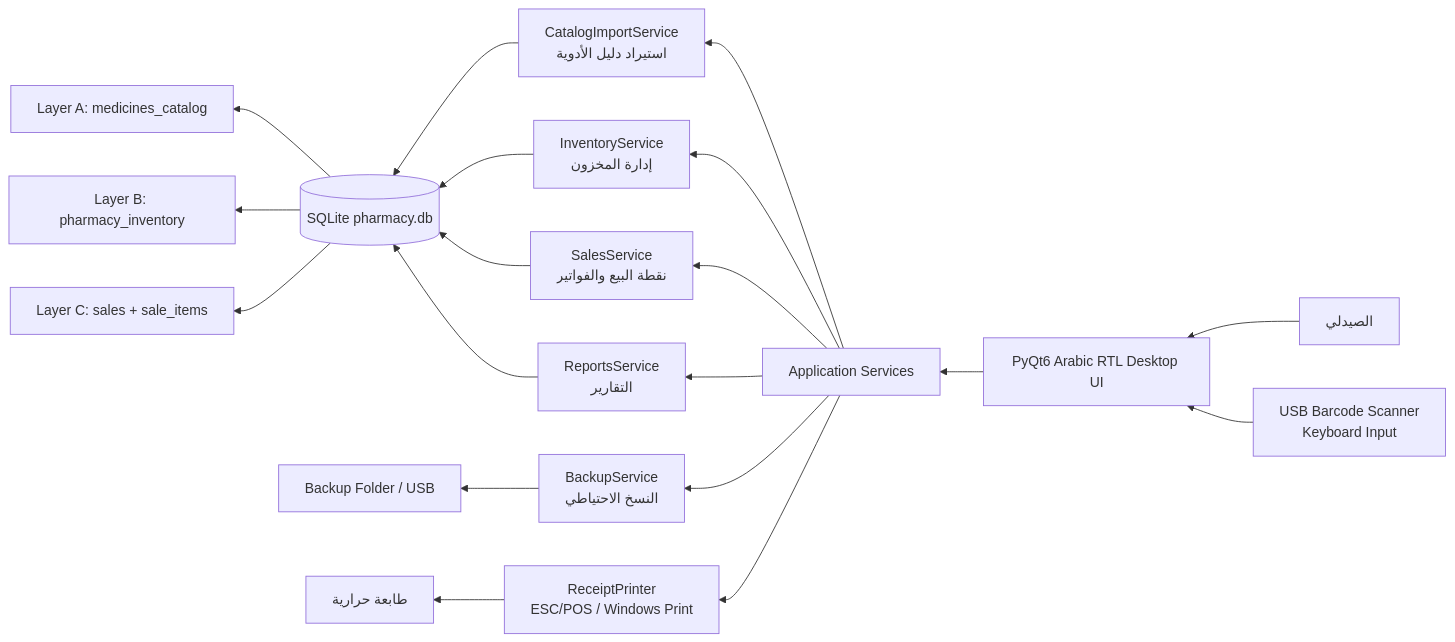
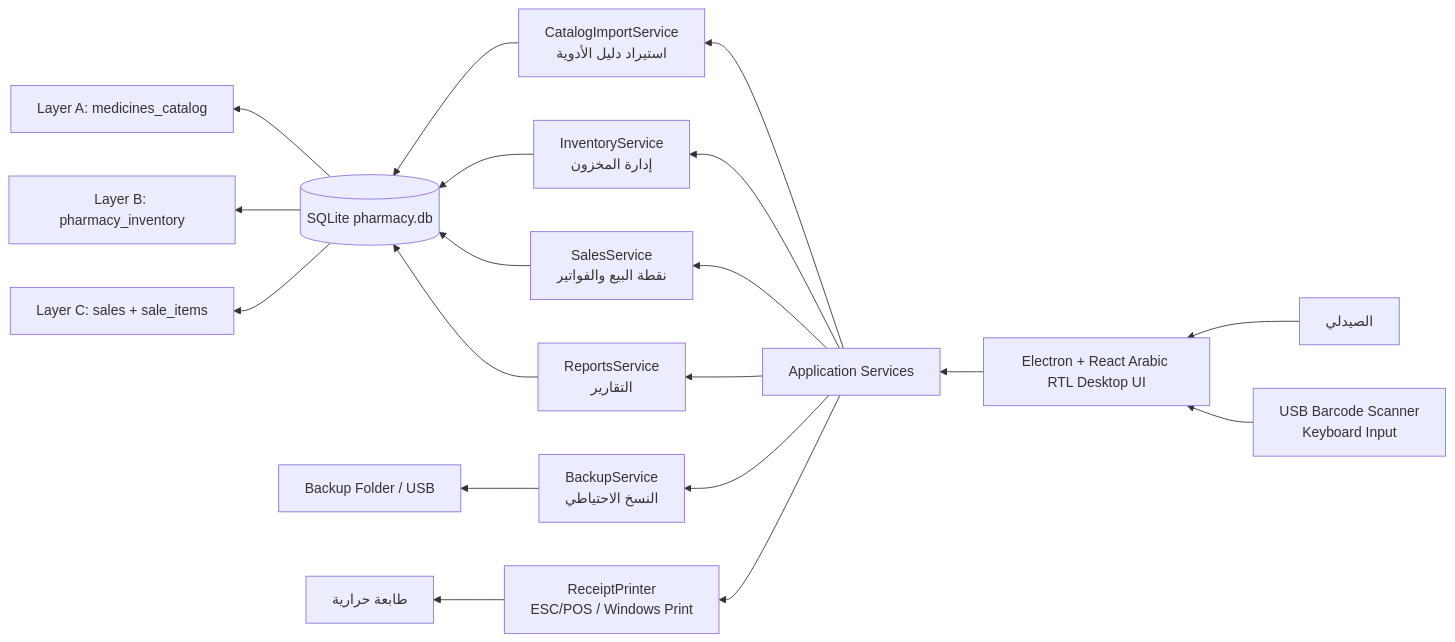
One commit to almutwer/pharmacy changed the first of 2 diagrams in docs/02_architecture.md. Above: the diagram before and after it, drawn with Mermaid. The commit also changed other lines of this file and 29 other files, not shown here.

Commit message:
Convert desktop app to Electron

````diff
--- a/docs/02_architecture.md
+++ b/docs/02_architecture.md
@@ -11,24 +11,24 @@
 ```mermaid
 flowchart RL
-    User[الصيدلي] --> UI[PyQt6 Arabic RTL Desktop UI]
+    User[الصيدلي] --> UI[Electron + React Arabic RTL Desktop UI]
     Scanner[USB Barcode Scanner\nKeyboard Input] --> UI
     UI --> Services[Application Services]
 
     Services --> Catalog[CatalogImportService\nاستيراد دليل الأدوية]
     Services --> Inventory[InventoryService\nإدارة المخزون]
     Services --> Sales[SalesService\nنقطة البيع والفواتير]
     Services --> Reports[ReportsService\nالتقارير]
     Services --> Backup[BackupService\nالنسخ الاحتياطي]
     Services --> Printer[ReceiptPrinter\nESC/POS / Windows Print]
 
     Catalog --> SQLite[(SQLite pharmacy.db)]
     Inventory --> SQLite
     Sales --> SQLite
     Reports --> SQLite
     Backup --> BackupFolder[Backup Folder / USB]
     Printer --> Thermal[طابعة حرارية]
 
     SQLite --> TablesA[Layer A: medicines_catalog]
     SQLite --> TablesB[Layer B: pharmacy_inventory]
     SQLite --> TablesC[Layer C: sales + sale_items]
 ```
````
